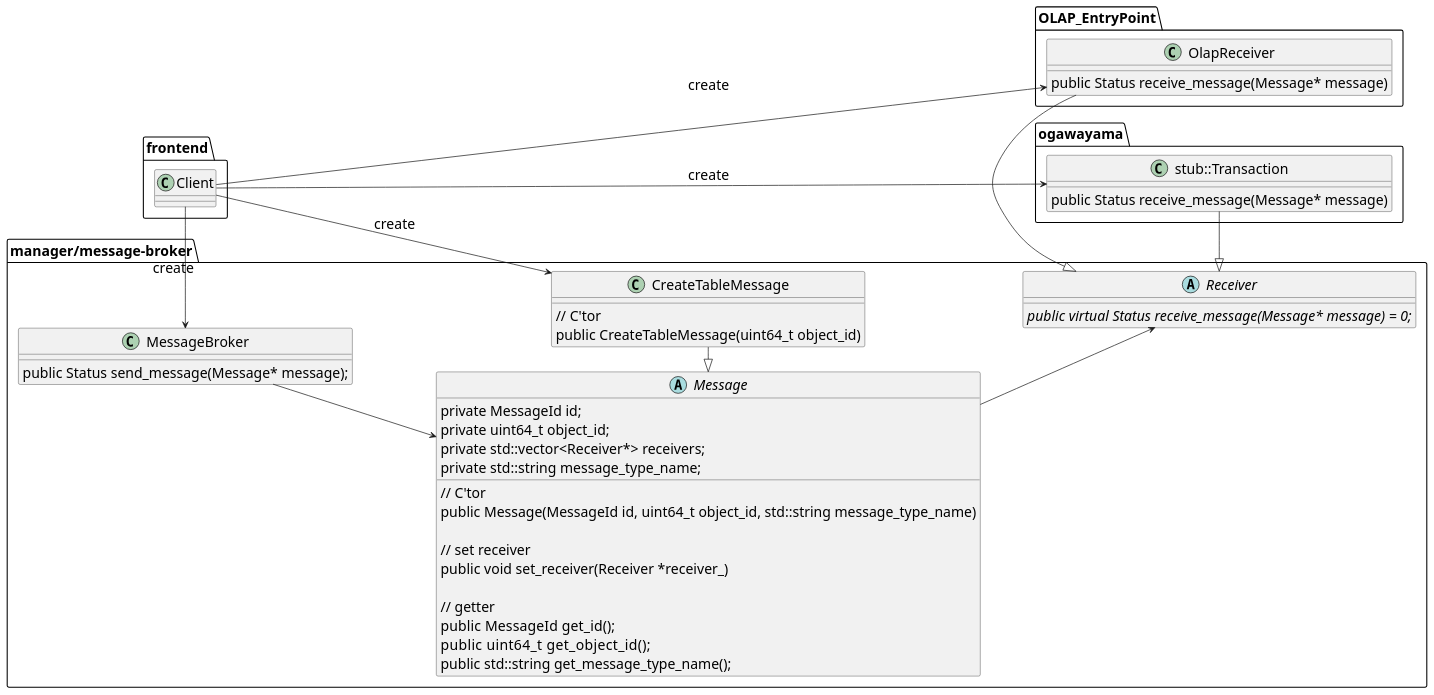
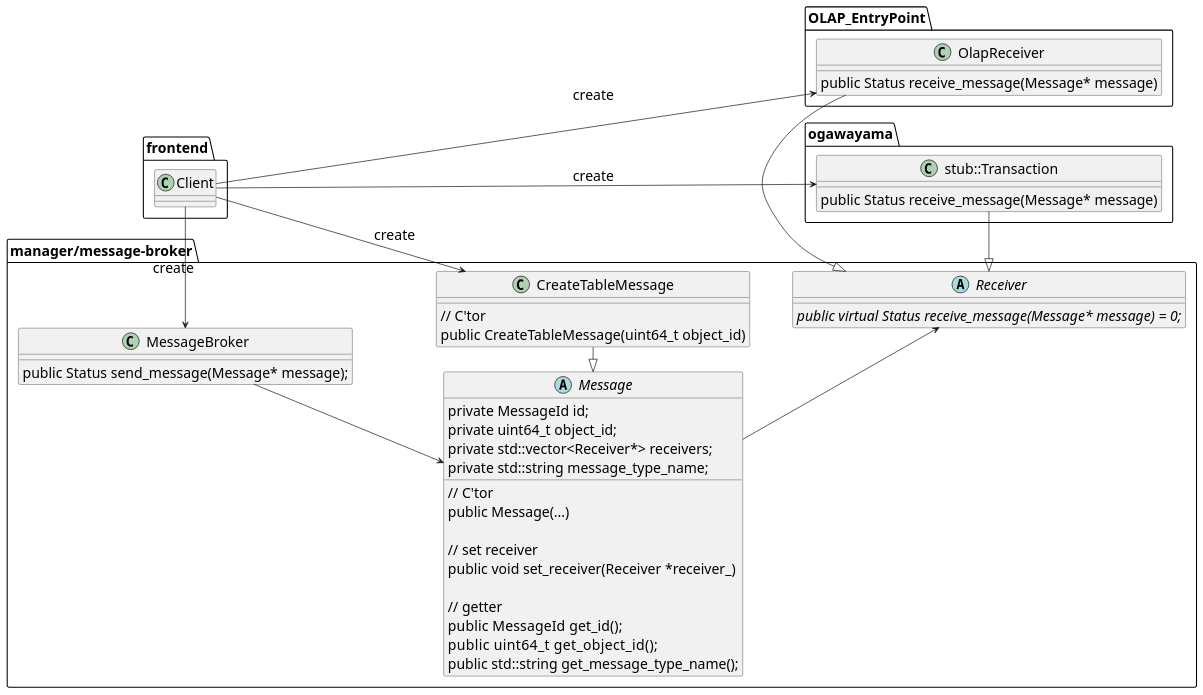
One commit to project-tsurugi/tsurugi_fdw changed the diagram in docs/design/img/Command_detail.pu. Above: the diagram before and after it, drawn with PlantUML. The commit also changed 1 other file, not shown here.

Commit message:
Add Message derivated class list

```diff
--- a/docs/design/img/Command_detail.pu
+++ b/docs/design/img/Command_detail.pu
@@ -4,69 +4,69 @@
 @startuml Command_detail
 left to right direction
 skinparam defaultFontSize 20
 
 package "manager/message-broker" {
   abstract class Receiver {
     {abstract} public virtual Status receive_message(Message* message) = 0;
   }
 
   abstract class Message{
   	{field} private MessageId id;　　　　　　　　　
   	{field} private uint64_t object_id;　　　　
   	{field} private std::vector<Receiver*> receivers;　
   	{field} private std::string message_type_name;
     {method}// C'tor
-  	{method}public Message(MessageId id, uint64_t object_id, std::string message_type_name)
+  	{method}public Message(...)
     {method}
     {method}// set receiver
   	{method}public void set_receiver(Receiver *receiver_)
     {method}
     {method}// getter
   	{method}public MessageId  get_id();
   	{method}public uint64_t    get_object_id();
   	{method}public std::string get_message_type_name();
   }
 
   class CreateTableMessage {
     {method}// C'tor
   	{method}public CreateTableMessage(uint64_t object_id)
   }
 
   class MessageBroker {
     public Status send_message(Message* message);
   }
 }
 
 package ogawayama {
   class "stub::Transaction" {
     public Status receive_message(Message* message)
   }
 }
 
 package OLAP_EntryPoint {
   class OlapReceiver {
     public Status receive_message(Message* message)
   }
 }
 
 package frontend {
   class Client {
   }
 
 }
 
 "stub::Transaction" -|> Receiver
 
 MessageBroker --> Message
 Message --> Receiver
 
 Message <|- CreateTableMessage
 
 Client --> CreateTableMessage : create
 Client -> "stub::Transaction" : create
 MessageBroker <- Client : create
 
 OlapReceiver -|> Receiver
 Client -> OlapReceiver : create
 
 @enduml
```
